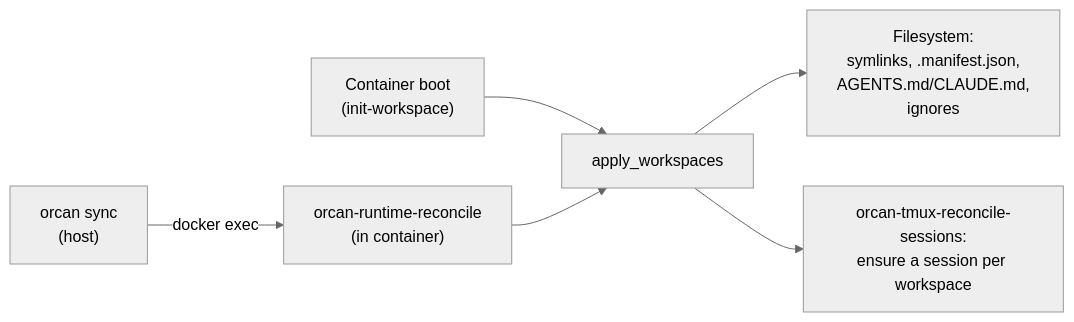
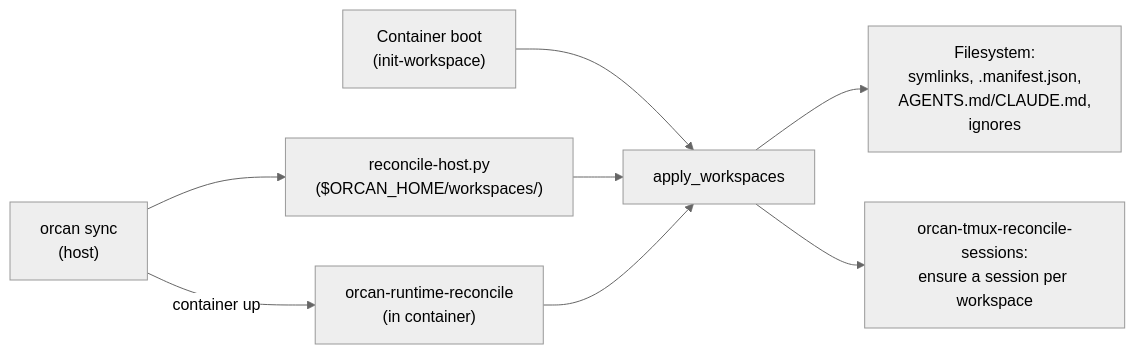
Before and after one commit to aKyther/orcan: the diagram in docs/en/ideas/runtime-reconcile.md, drawn with Mermaid (neutral theme). The commit also changed other lines of this file and 39 other files, not shown here.

First line of the commit message:
feat(sync/doctor): host workspace reconcile + workspace audit

````diff
--- a/docs/en/ideas/runtime-reconcile.md
+++ b/docs/en/ideas/runtime-reconcile.md
@@ -39,7 +39,8 @@
 ```mermaid
 flowchart LR
   boot["Container boot\n(init-workspace)"] --> reconcile[apply_workspaces]
-  sync["orcan sync\n(host)"] -->|docker exec| live["orcan-runtime-reconcile\n(in container)"] --> reconcile
+  sync["orcan sync\n(host)"] --> host["reconcile-host.py\n($ORCAN_HOME/workspaces/)"] --> reconcile
+  sync -->|container up| live["orcan-runtime-reconcile\n(in container)"] --> reconcile
   reconcile --> fs["Filesystem:\nsymlinks, .manifest.json,\nAGENTS.md/CLAUDE.md,\nignores"]
   reconcile --> tmux["orcan-tmux-reconcile-sessions:\nensure a session per workspace"]
 ```
````
